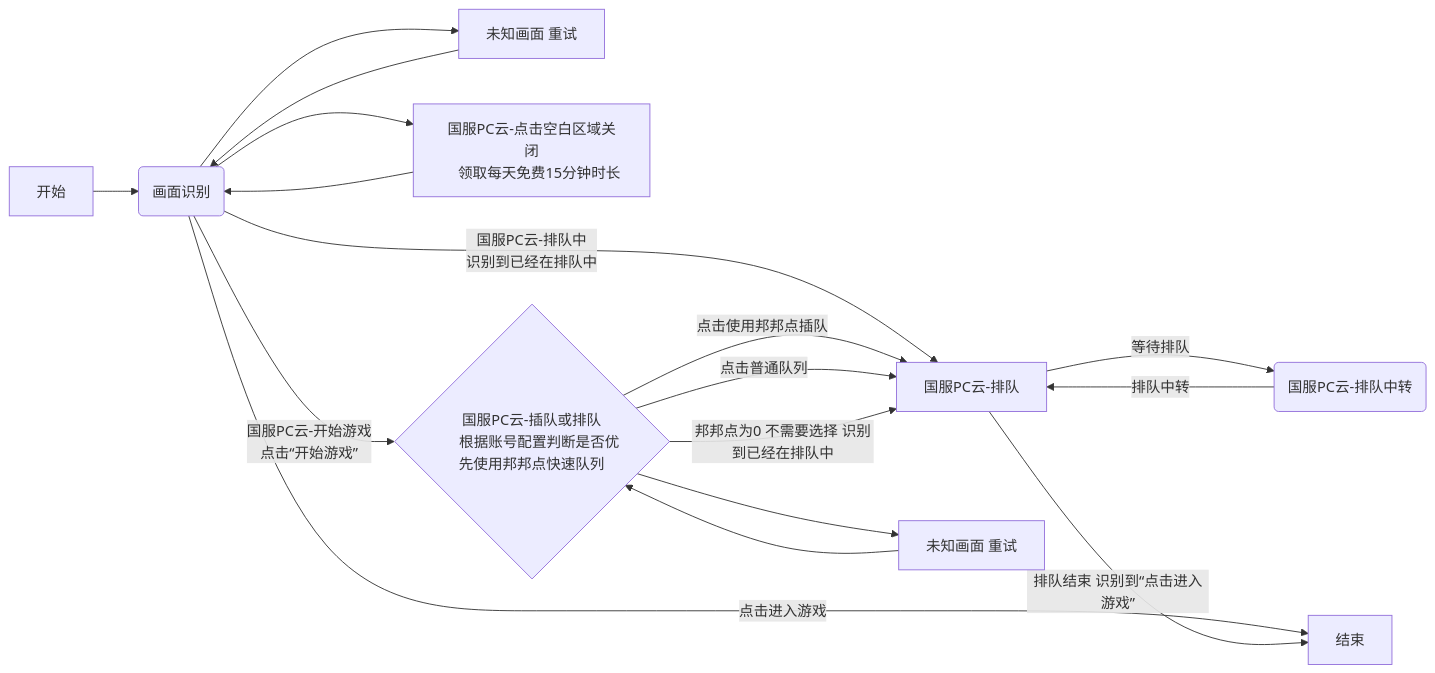
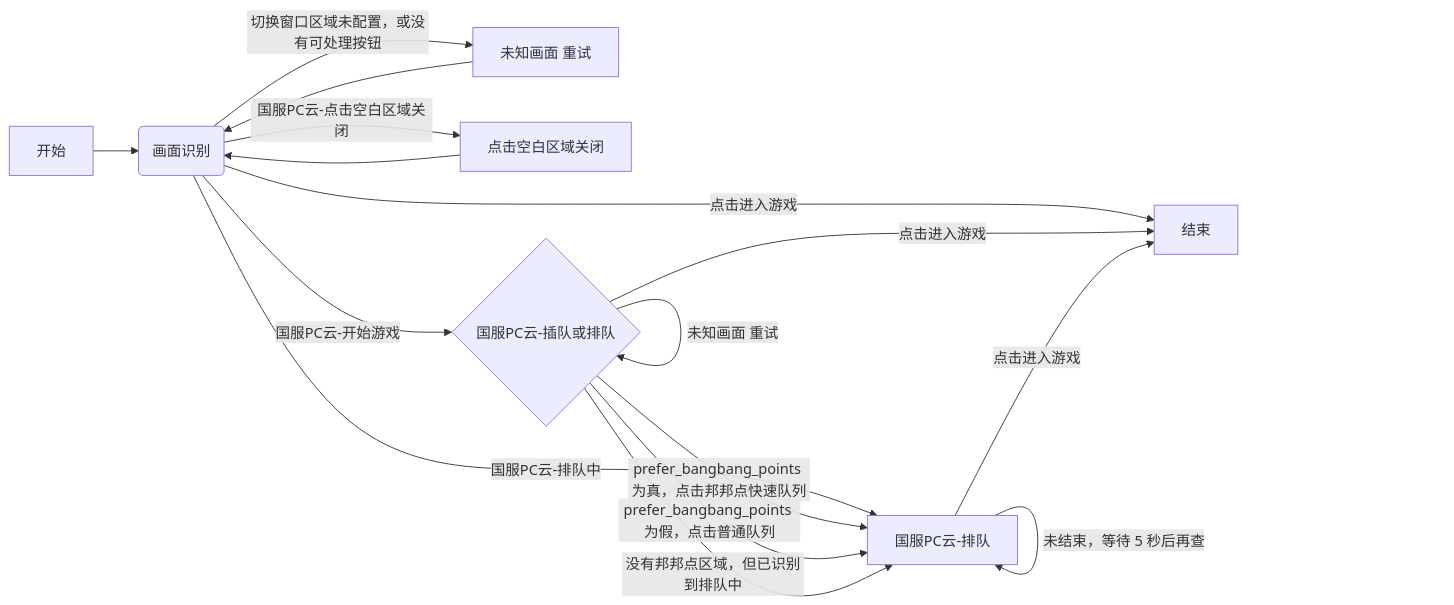
Before and after one commit to OneDragon-Anything/ZenlessZoneZero-OneDragon: the diagram in docs/develop/cloud_game_adaptation.md, drawn with Mermaid. The commit also changed other lines of this file and 1 other file, not shown here.

````diff
--- a/docs/develop/cloud_game_adaptation.md
+++ b/docs/develop/cloud_game_adaptation.md
@@ -22,25 +22,20 @@
 ```mermaid
 graph LR
     A[开始] --> B(画面识别);
-    B --> H[未知画面 重试];
+    B -- "切换窗口区域未配置，或没有可处理按钮" --> H[未知画面 重试];
     H --> B;
-    B --> G["国服PC云-点击空白区域关闭
-    领取每天免费15分钟时长"];
+    B -- "国服PC云-点击空白区域关闭" --> G[点击空白区域关闭];
     G --> B;
-    B -- "国服PC云-开始游戏
-    点击“开始游戏”" --> C{国服PC云-插队或排队
-    根据账号配置判断是否优先使用邦邦点快速队列};
-    B -- "国服PC云-排队中
-    识别到已经在排队中" --> D[国服PC云-排队];
+    B -- "国服PC云-开始游戏" --> C{国服PC云-插队或排队};
+    B -- "国服PC云-排队中" --> D[国服PC云-排队];
     B -- "点击进入游戏" --> E[结束];
 
-    C --> I[未知画面 重试];
-    I --> C;
-    C -- "点击使用邦邦点插队" --> D;
-    C -- "点击普通队列" --> D;
-    C -- "邦邦点为0 不需要选择 识别到已经在排队中" --> D;
+    C -- "未知画面 重试" --> C;
+    C -- "点击进入游戏" --> E;
+    C -- "prefer_bangbang_points 为真，点击邦邦点快速队列" --> D;
+    C -- "prefer_bangbang_points 为假，点击普通队列" --> D;
+    C -- "没有邦邦点区域，但已识别到排队中" --> D;
 
-    D -- "等待排队" --> F(国服PC云-排队中转);
-    D -- "排队结束 识别到“点击进入游戏”" --> E;
-    F -- "排队中转" --> D;
+    D -- "未结束，等待 5 秒后再查" --> D;
+    D -- "点击进入游戏" --> E;
 ```
````
